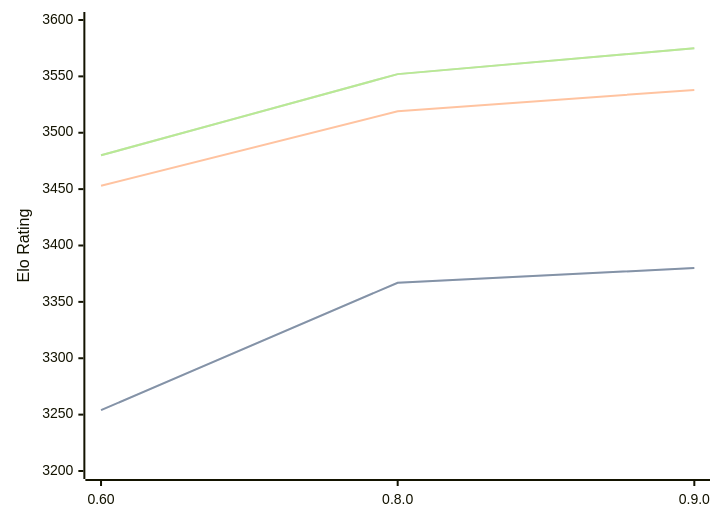
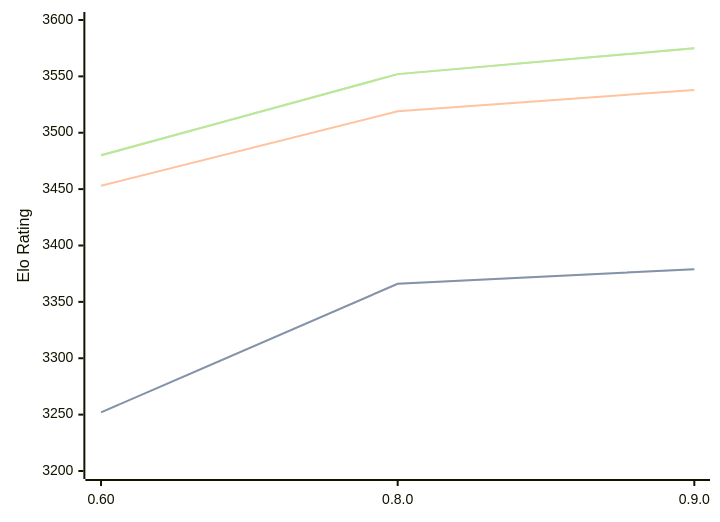
Before and after one commit to computer-chess-index/cci: the diagram in engines/Motor.md, drawn with Mermaid. The commit also changed other lines of this file, not shown here.

````diff
--- a/engines/Motor.md
+++ b/engines/Motor.md
@@ -37,11 +37,11 @@
 ```mermaid
 %%{init: {"theme":"base","themeVariables":{"seriesColors:['#a3a3a3','#222221','#faa371']}}}%%
 xychart-beta
   x-axis ["0.60", "0.8.0", "0.9.0"]
   y-axis "Elo Rating" 3200 --> 3600
-  line "STC (8.0+0.08s)" [3254, 3367, 3380]
-  line "STC (8.0+0.08s)" [3254, 3367, 3380]
+  line "STC (8.0+0.08s)" [3252, 3366, 3379]
+  line "STC (8.0+0.08s)" [3252, 3366, 3379]
   line "LTC (60.0+0.60s)" [3453, 3519, 3538]
   line "VLTC (2m24s+1.12s)" [3480, 3552, 3575]
   line "VLTC (2m24s+1.12s)" [3480, 3552, 3575]
 ```
````
